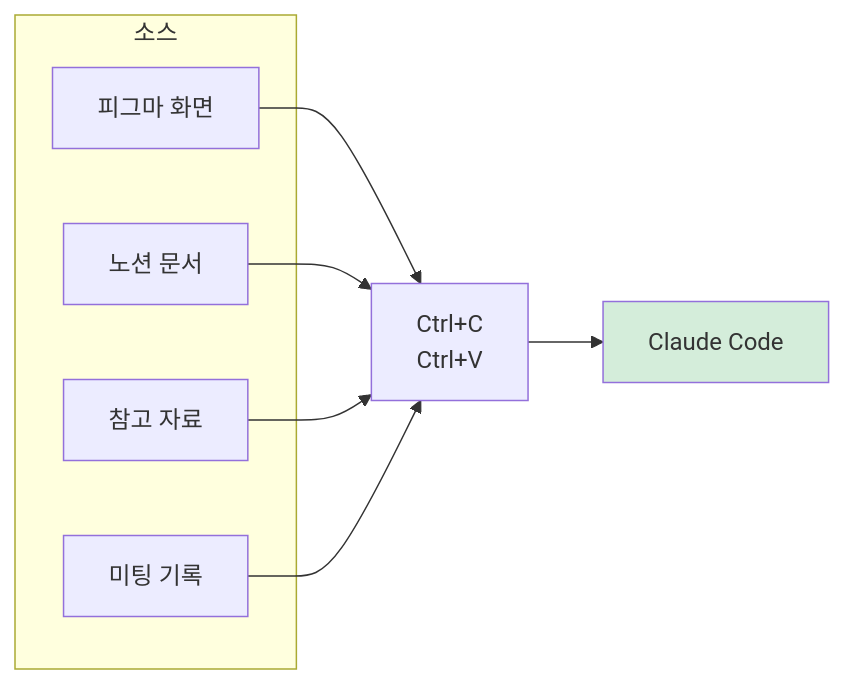
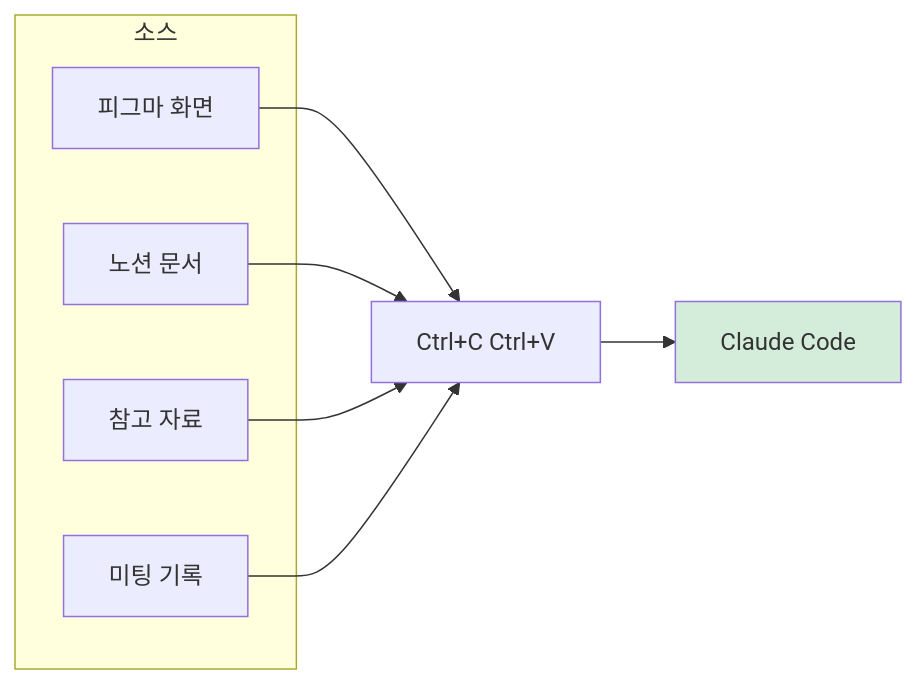
The third of 9 diagrams in appendix-a/A02.md (Kanghyeop/pages-book-agent101), drawn with Mermaid before and after one commit. The commit also changed 48 other files, not shown here.

First line of the commit message:
fix: Mermaid 렌더링 + SVG 경로 수정

````diff
--- a/appendix-a/A02.md
+++ b/appendix-a/A02.md
@@ -99,17 +99,17 @@
 ```mermaid
 flowchart LR
     subgraph Sources[소스]
         A[피그마 화면]
         B[노션 문서]
         C[참고 자료]
         D[미팅 기록]
     end
 
-    E["Ctrl+C<br/>Ctrl+V"] --> F[Claude Code]
+    E["Ctrl+C Ctrl+V"] --> F[Claude Code]
     A --> E
     B --> E
     C --> E
     D --> E
 
     style F fill:#D4EDDA
 ```
````
